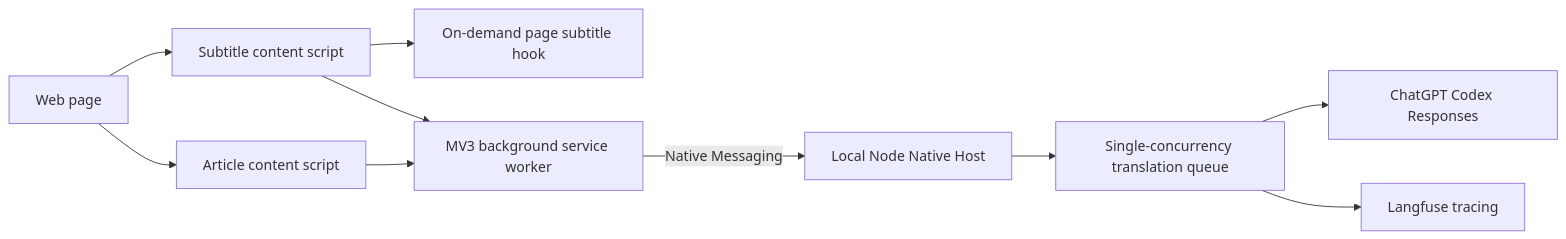
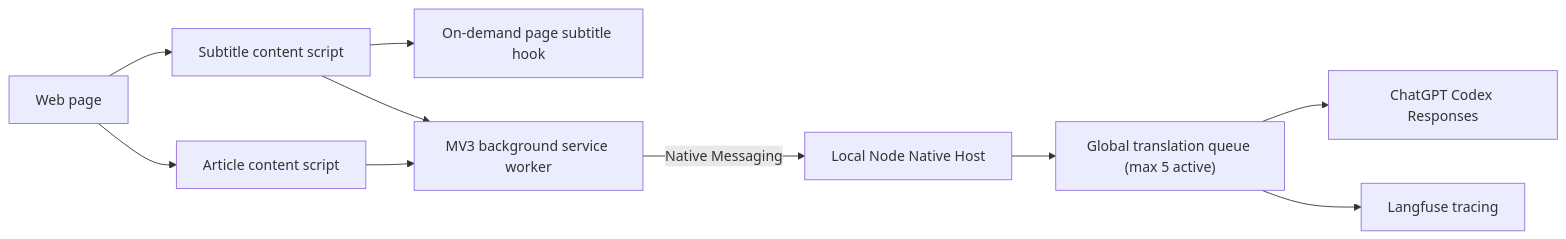
The diagram in docs/architecture.md (1MoreBuild/transly), drawn with Mermaid before and after one commit. The commit also changed other lines of this file and 41 other files, not shown here.

````diff
--- a/docs/architecture.md
+++ b/docs/architecture.md
@@ -5,12 +5,12 @@
 ```mermaid
 flowchart LR
   Page["Web page"] --> Article["Article content script"]
   Page --> Subtitle["Subtitle content script"]
   Subtitle --> Hook["On-demand page subtitle hook"]
   Article --> BG["MV3 background service worker"]
   Subtitle --> BG
   BG -->|"Native Messaging"| Host["Local Node Native Host"]
-  Host --> Queue["Single-concurrency translation queue"]
+  Host --> Queue["Global translation queue (max 5 active)"]
   Queue --> Codex["ChatGPT Codex Responses"]
   Queue --> Langfuse["Langfuse tracing"]
 ```
````
